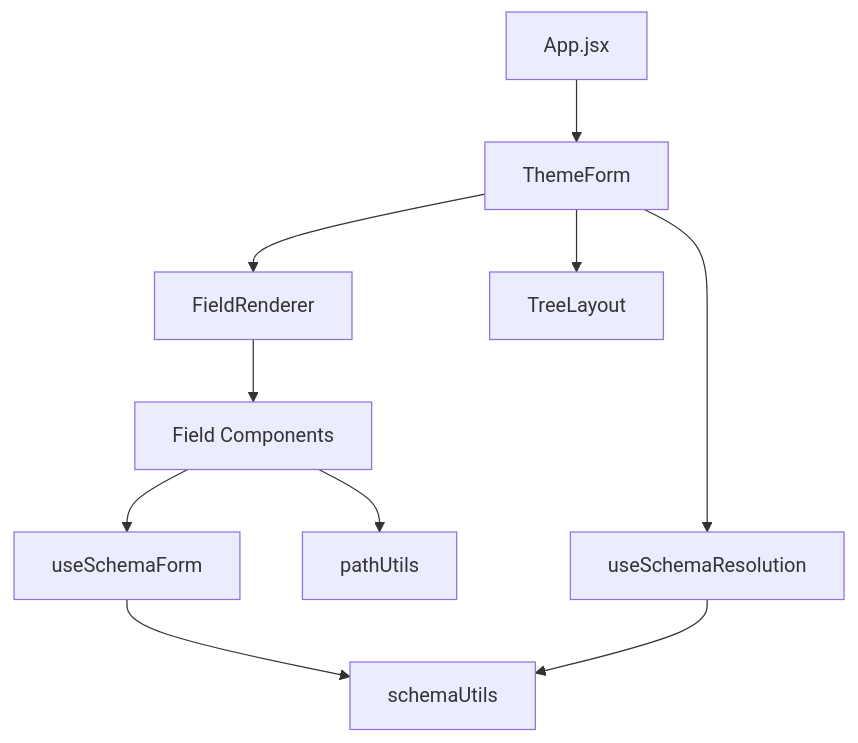
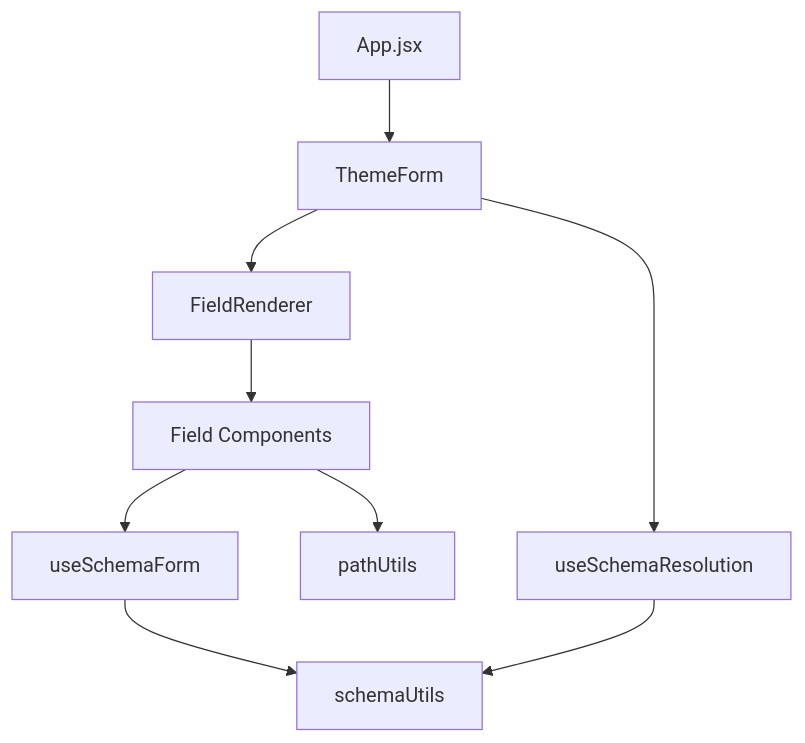
Before and after one commit to maxanatsko/powerbi-theme-editor: the first of 2 diagrams in Project Guidelines.md, drawn with Mermaid. The commit also changed other lines of this file, not shown here.

````diff
--- a/Project Guidelines.md
+++ b/Project Guidelines.md
@@ -417,12 +468,11 @@
 ```mermaid
 graph TD
     A[App.jsx] --> B[ThemeForm]
     B --> C[FieldRenderer]
     C --> D[Field Components]
     D --> E[useSchemaForm]
     E --> F[schemaUtils]
     D --> G[pathUtils]
     B --> H[useSchemaResolution]
     H --> F
-    B --> I[TreeLayout]
 ```
````
